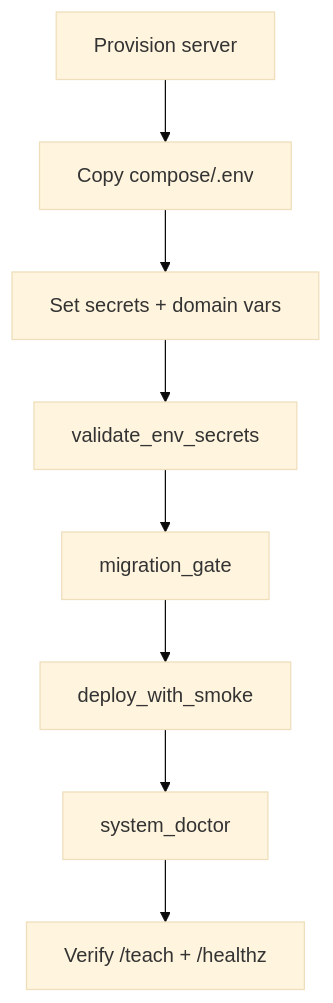
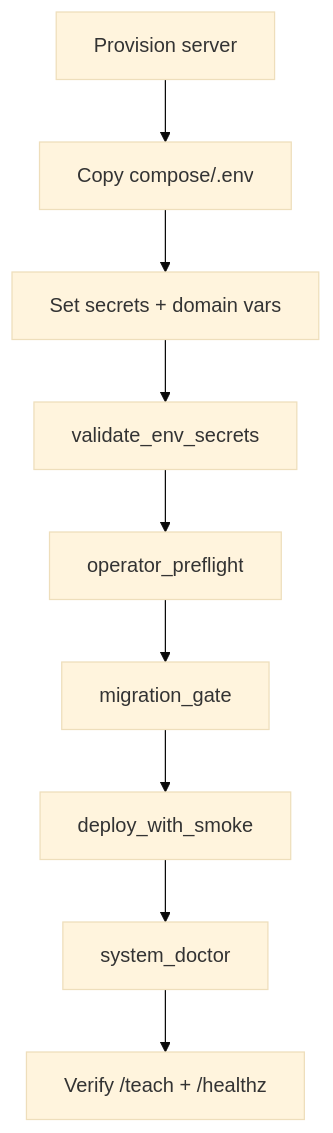
Before and after one commit to bseverns/classhub: the diagram in docs/DAY1_DEPLOY_CHECKLIST.md, drawn with Mermaid (base theme). The commit also changed other lines of this file and 10 other files, not shown here.

Commit message:
Add deploy-time operator preflight

````diff
--- a/docs/DAY1_DEPLOY_CHECKLIST.md
+++ b/docs/DAY1_DEPLOY_CHECKLIST.md
@@ -6,10 +6,11 @@
 ```mermaid
 flowchart TD
   A[Provision server] --> B[Copy compose/.env]
   B --> C[Set secrets + domain vars]
   C --> D[validate_env_secrets]
-  D --> E[migration_gate]
-  E --> F[deploy_with_smoke]
-  F --> G[system_doctor]
-  G --> H[Verify /teach + /healthz]
+  D --> E[operator_preflight]
+  E --> F[migration_gate]
+  F --> G[deploy_with_smoke]
+  G --> H[system_doctor]
+  H --> I[Verify /teach + /healthz]
 ```
````
